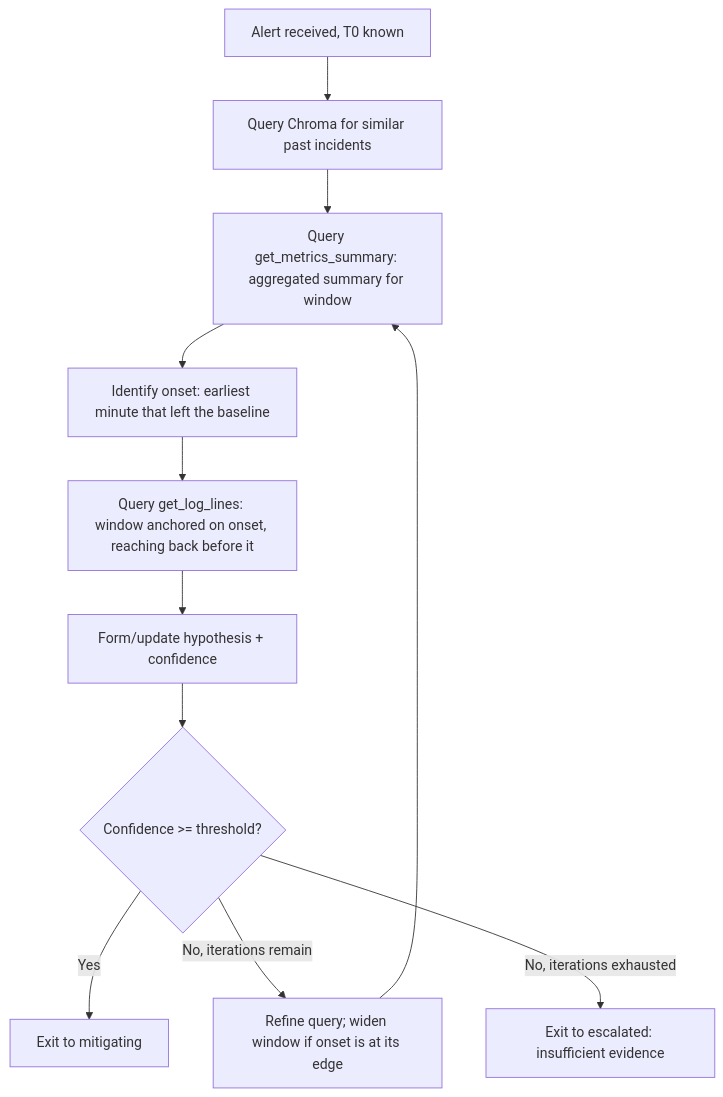
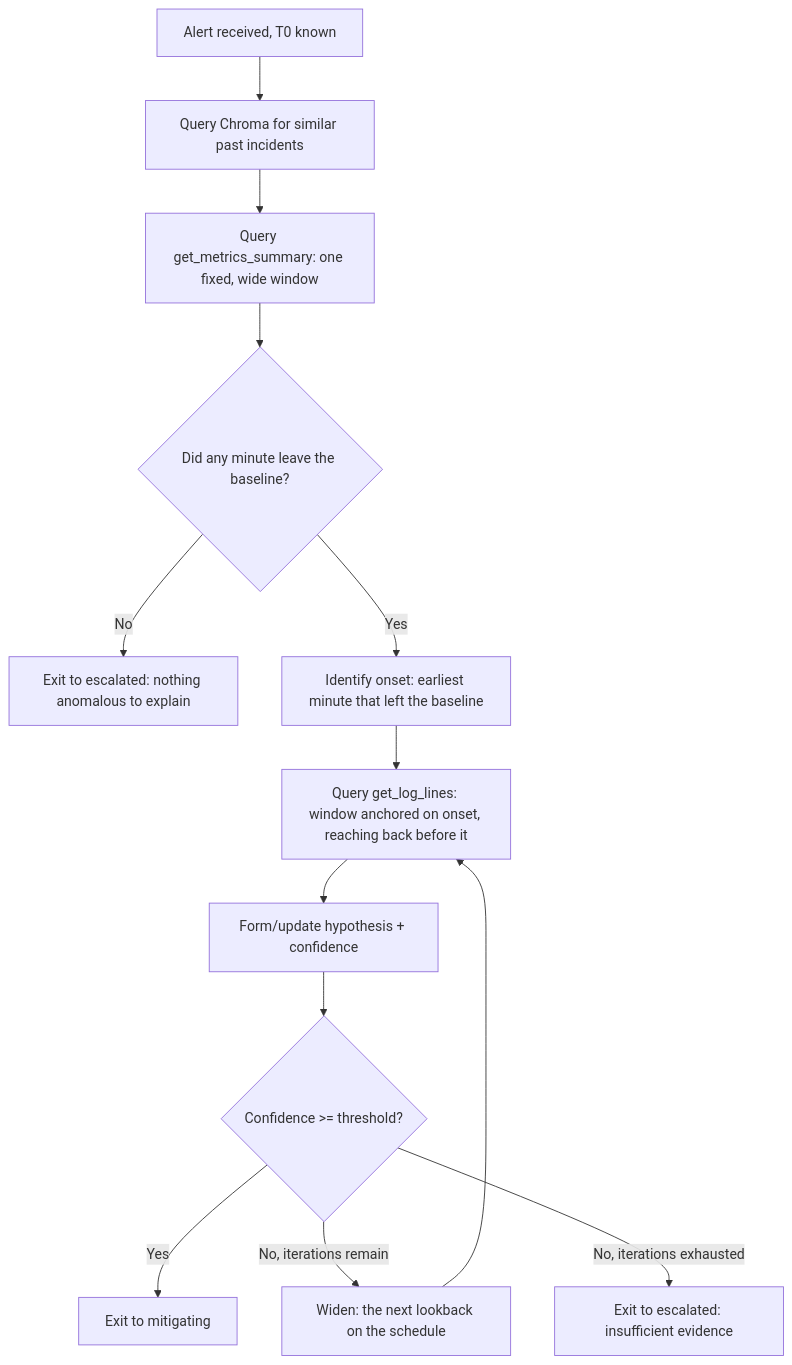
The second of 5 diagrams in docs/spec-and-architecture.md (ohadraz/Argus), drawn with Mermaid before and after one commit. The commit also changed other lines of this file and 7 other files, not shown here.

Commit message:
a confident answer from a window that opens mid-incident costs one widening

````diff
--- a/docs/spec-and-architecture.md
+++ b/docs/spec-and-architecture.md
@@ -191,13 +191,15 @@
 ```mermaid
 flowchart TD
     A[Alert received, T0 known] --> B[Query Chroma for similar past incidents]
-    B --> C[Query get_metrics_summary: aggregated summary for window]
-    C --> D[Identify onset: earliest minute that left the baseline]
-    D --> E[Query get_log_lines: window anchored on onset, reaching back before it]
-    E --> F[Form/update hypothesis + confidence]
-    F --> G{Confidence >= threshold?}
-    G -->|Yes| H[Exit to mitigating]
-    G -->|No, iterations remain| I[Refine query; widen window if onset is at its edge]
-    I --> C
-    G -->|No, iterations exhausted| J[Exit to escalated: insufficient evidence]
+    B --> C[Query get_metrics_summary: one fixed, wide window]
+    C --> D{Did any minute leave the baseline?}
+    D -->|No| K[Exit to escalated: nothing anomalous to explain]
+    D -->|Yes| E[Identify onset: earliest minute that left the baseline]
+    E --> F[Query get_log_lines: window anchored on onset, reaching back before it]
+    F --> G[Form/update hypothesis + confidence]
+    G --> H{Confidence >= threshold?}
+    H -->|Yes| I[Exit to mitigating]
+    H -->|No, iterations remain| J[Widen: the next lookback on the schedule]
+    J --> F
+    H -->|No, iterations exhausted| L[Exit to escalated: insufficient evidence]
 ```
````
